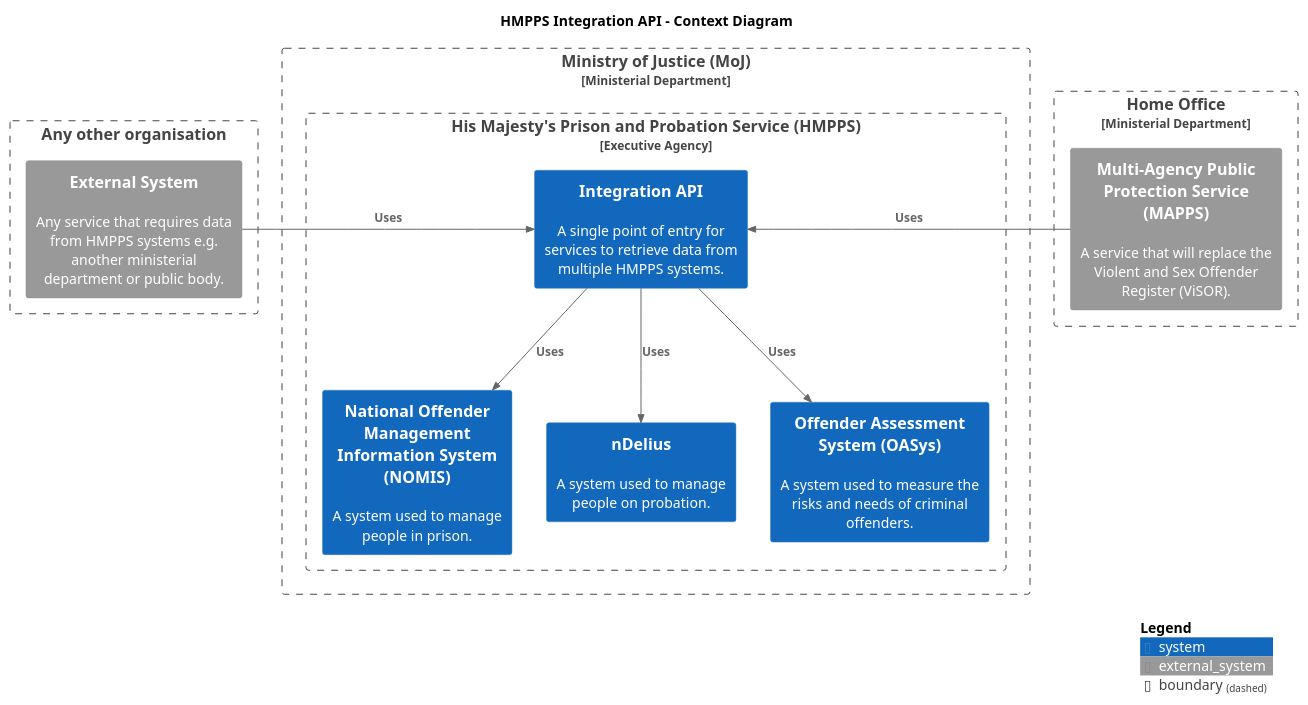
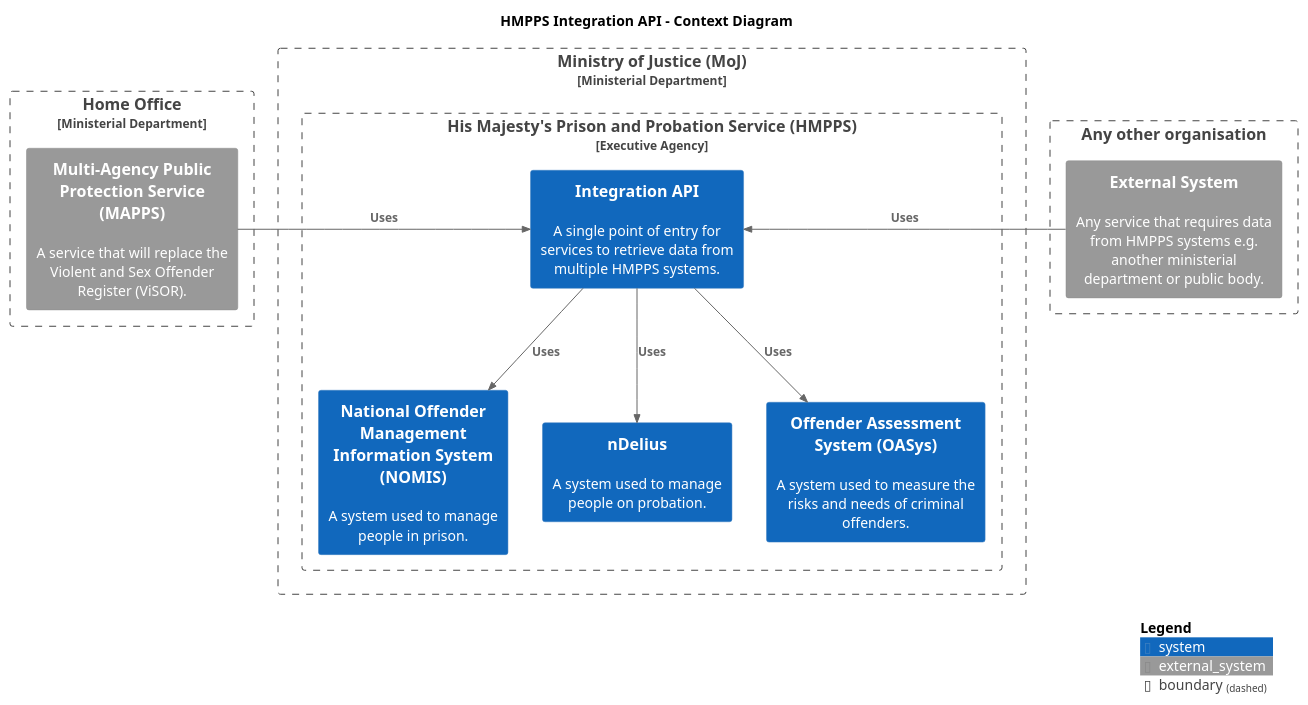
Before and after one commit to ministryofjustice/hmpps-integration-api: the diagram in docs/diagrams/context-diagram.puml, drawn with PlantUML. The commit also changed 1 other file, not shown here.

Commit message:
Move Home Office to the left in context diagram

```diff
--- a/docs/diagrams/context-diagram.puml
+++ b/docs/diagrams/context-diagram.puml
@@ -1,36 +1,36 @@
 @startuml context-diagram
 
 !include https://raw.githubusercontent.com/plantuml-stdlib/C4-PlantUML/master/C4_Context.puml
 
 skinparam linetype polyline
 
 title HMPPS Integration API - Context Diagram
 
 Boundary(home_office, "Home Office", "Ministerial Department") {
   System_Ext(mapps, "Multi-Agency Public Protection Service (MAPPS)", "A service that will replace the Violent and Sex Offender Register (ViSOR).")
 }
 
 Boundary(other_organisation, "Any other organisation") {
   System_Ext(external_system, "External System", "Any service that requires data from HMPPS systems e.g. another ministerial department or public body.")
 }
 
 Boundary(moj, "Ministry of Justice (MoJ)", "Ministerial Department") {
   Boundary(hmpps, "His Majesty's Prison and Probation Service (HMPPS)", "Executive Agency") {
     System(hmpps_integration_api, "Integration API", "A single point of entry for services to retrieve data from multiple HMPPS systems.")
 
     System(nomis, "National Offender Management Information System (NOMIS)", "A system used to manage people in prison.")
     System(ndelius, "nDelius", "A system used to manage people on probation.")
     System(oasys, "Offender Assessment System (OASys)", "A system used to measure the risks and needs of criminal offenders.")
   }
 }
 
 Rel(hmpps_integration_api, nomis, "Uses")
 Rel(hmpps_integration_api, ndelius, "Uses")
 Rel(hmpps_integration_api, oasys, "Uses")
 
-Rel_Right(external_system, hmpps_integration_api, "Uses")
-Rel_Left(mapps, hmpps_integration_api, "Uses")
+Rel_Right(mapps, hmpps_integration_api, "Uses")
+Rel_Left(external_system, hmpps_integration_api, "Uses")
 
 SHOW_DYNAMIC_LEGEND()
 
 @enduml
```
